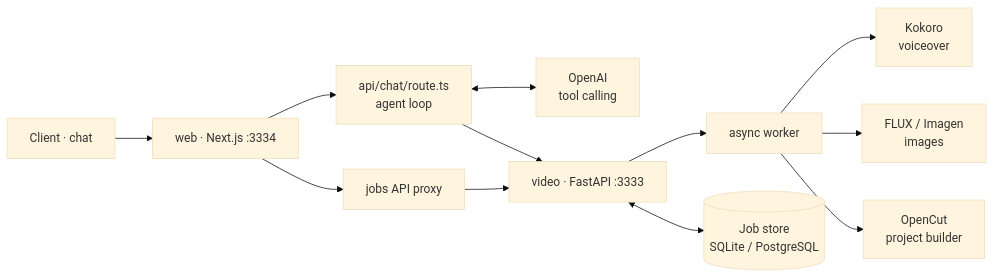
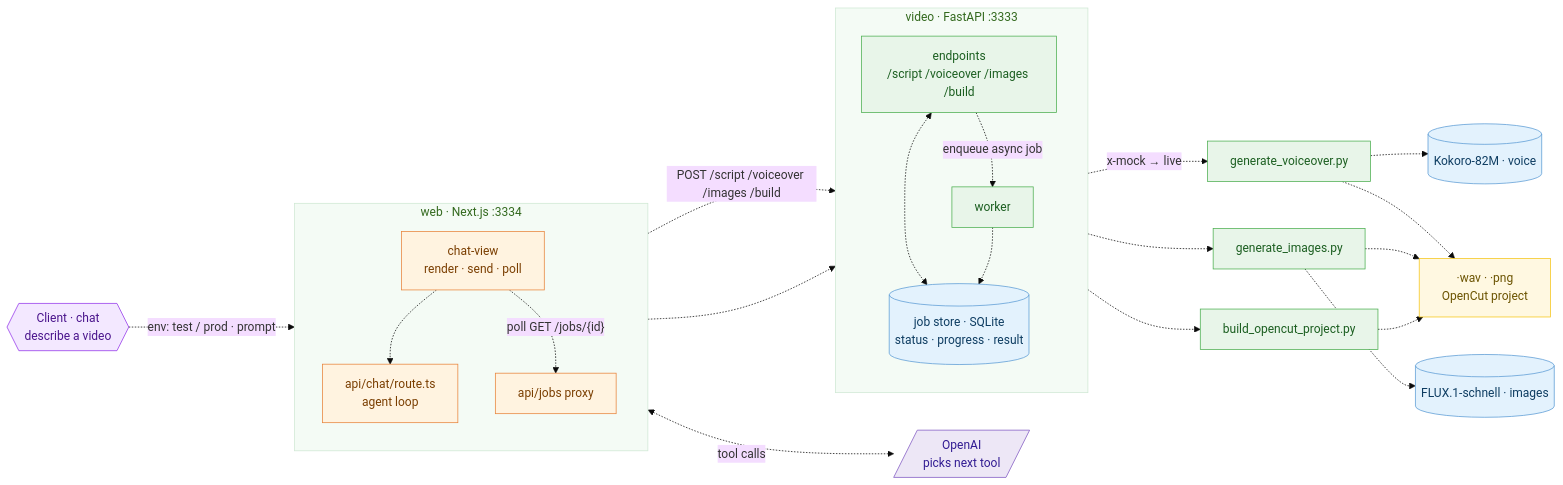
Before and after one commit to quochuydev/agent-chat: the diagram in README.md, drawn with Mermaid (base theme).

Commit message:
docs: restore architecture diagram in README

````diff
--- a/README.md
+++ b/README.md
@@ -18,14 +3,60 @@
 ```mermaid
 flowchart LR
-    U["Client · chat"] --> UI["web · Next.js :3334"]
-    UI --> RT["api/chat/route.ts<br/>agent loop"]
-    RT <--> LLM["OpenAI<br/>tool calling"]
-    RT --> EP["video · FastAPI :3333"]
-    EP --> WK["async worker"]
-    WK --> VO["Kokoro<br/>voiceover"]
-    WK --> IM["FLUX / Imagen<br/>images"]
-    WK --> BD["OpenCut<br/>project builder"]
-    EP <--> DB[("Job store<br/>SQLite / PostgreSQL")]
-    UI --> PX["jobs API proxy"]
-    PX --> EP
+    U{{"Client · chat<br/>describe a video"}}
+
+    subgraph WEB["web · Next.js :3334"]
+        direction TB
+        RT["api/chat/route.ts<br/>agent loop"]
+        UI["chat-view<br/>render · send · poll"]
+        PX["api/jobs proxy"]
+    end
+
+    LLM[/"OpenAI<br/>picks next tool"/]
+
+    subgraph API["video · FastAPI :3333"]
+        direction TB
+        EP["endpoints<br/>/script /voiceover /images /build"]
+        WK["worker"]
+        JS[("job store · SQLite<br/>status · progress · result")]
+    end
+
+    VO["generate_voiceover.py"]
+    IM["generate_images.py"]
+    BD["build_opencut_project.py"]
+
+    K[("Kokoro-82M · voice")]
+    FX[("FLUX.1-schnell · images")]
+    OUT["·wav · ·png<br/>OpenCut project"]
+
+    U -. "env: test / prod · prompt" .-> UI
+    UI -.-> RT
+    RT <-. "tool calls" .-> LLM
+    RT -. "POST /script /voiceover /images /build" .-> EP
+    UI -. "poll GET /jobs/{id}" .-> PX -.-> EP
+    EP -. "enqueue async job" .-> WK
+    EP <-.-> JS
+    WK -.-> JS
+    WK -. "x-mock → live" .-> VO -.-> K
+    WK -.-> IM -.-> FX
+    WK -.-> BD
+    VO -.-> OUT
+    IM -.-> OUT
+    BD -.-> OUT
+
+    classDef client fill:#f3e8ff,stroke:#9333ea,color:#4a148c;
+    classDef agent  fill:#fff3e0,stroke:#e8833a,color:#7a3e00;
+    classDef llm    fill:#ede7f6,stroke:#7e57c2,color:#311b92;
+    classDef svc    fill:#e8f5e9,stroke:#4caf50,color:#1b5e20;
+    classDef store  fill:#e3f2fd,stroke:#5b9bd5,color:#0d3c61;
+    classDef out    fill:#fff8e1,stroke:#f5c518,color:#6b5300;
+
+    class U client;
+    class RT,UI,PX agent;
+    class LLM llm;
+    class EP,WK,VO,IM,BD svc;
+    class JS,K,FX store;
+    class OUT out;
+
+    style WEB fill:#f4fbf5,stroke:#cfe8d4,color:#33691e;
+    style API fill:#f4fbf5,stroke:#cfe8d4,color:#33691e;
 ```
````
